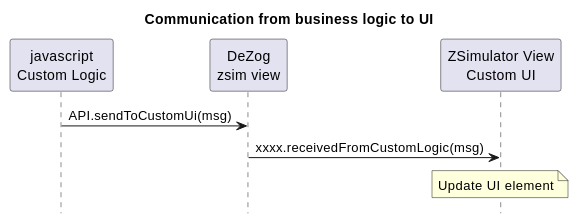
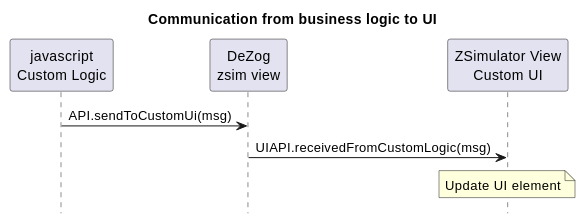
One commit to maziac/DeZog changed the fifth of 9 diagrams in documentation/zsimPeripherals.md. Above: the diagram before and after it, drawn with PlantUML. The commit also changed other lines of this file, not shown here.

Commit message:
Documentation for UIAPI.

```diff
--- a/documentation/zsimPeripherals.md
+++ b/documentation/zsimPeripherals.md
@@ -249,11 +249,11 @@
 ~~~puml
 hide footbox
 title Communication from business logic to UI
 participant js as "javascript\nCustom Logic"
 participant dezog as "DeZog\nzsim view"
 participant ui as "ZSimulator View\nCustom UI"
 
 js -> dezog: API.sendToCustomUi(msg)
-dezog -> ui: xxxx.receivedFromCustomLogic(msg)
+dezog -> ui: UIAPI.receivedFromCustomLogic(msg)
 note over ui: Update UI element
 ~~~
```
